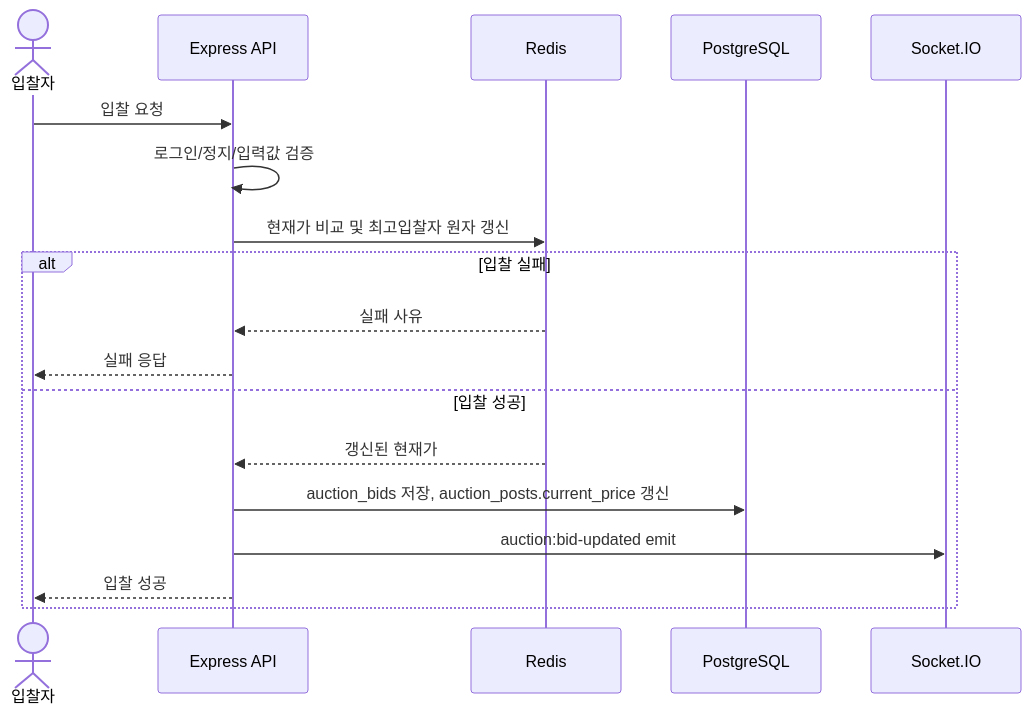
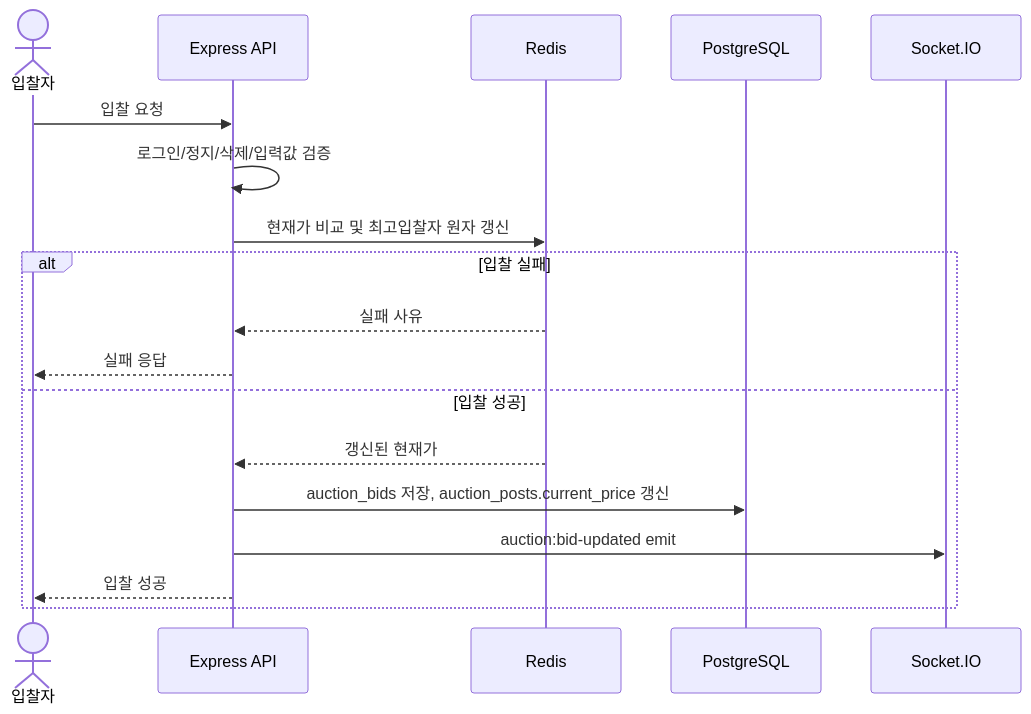
The second of 2 diagrams in docs/Potato-Land-Docs/07. 아키텍처/전체 서버 아키텍처.md (hurwan0629/potato-land), drawn with Mermaid before and after one commit. The commit also changed other lines of this file and 27 other files, not shown here.

Commit message:
docs: update docs and synchronize with front flow

````diff
--- a/docs/Potato-Land-Docs/07. 아키텍처/전체 서버 아키텍처.md
+++ b/docs/Potato-Land-Docs/07. 아키텍처/전체 서버 아키텍처.md
@@ -102,21 +122,21 @@
 ```mermaid
 sequenceDiagram
     actor U as 입찰자
     participant API as Express API
     participant R as Redis
     participant DB as PostgreSQL
     participant S as Socket.IO
 
     U->>API: 입찰 요청
-    API->>API: 로그인/정지/입력값 검증
+    API->>API: 로그인/정지/삭제/입력값 검증
     API->>R: 현재가 비교 및 최고입찰자 원자 갱신
     alt 입찰 실패
         R-->>API: 실패 사유
         API-->>U: 실패 응답
     else 입찰 성공
         R-->>API: 갱신된 현재가
         API->>DB: auction_bids 저장, auction_posts.current_price 갱신
         API->>S: auction:bid-updated emit
         API-->>U: 입찰 성공
     end
 ```
````
